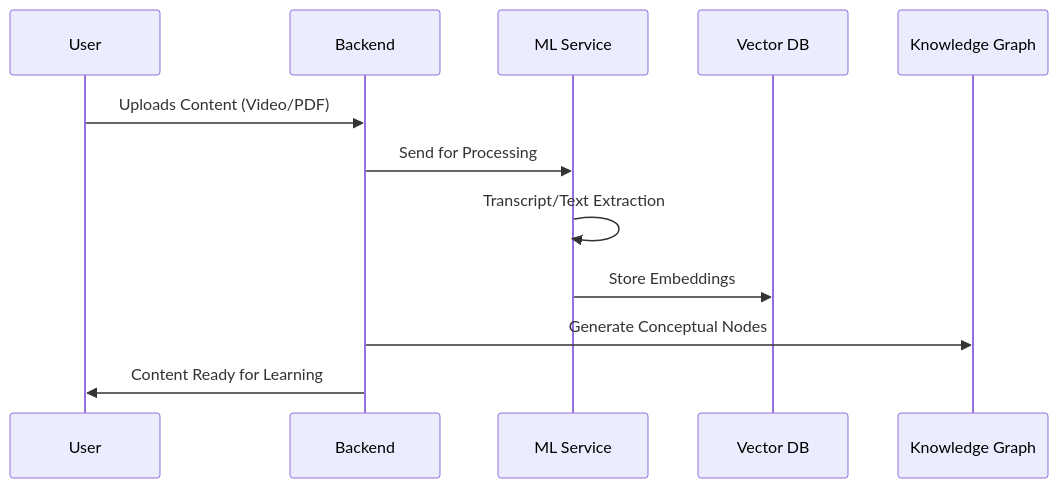
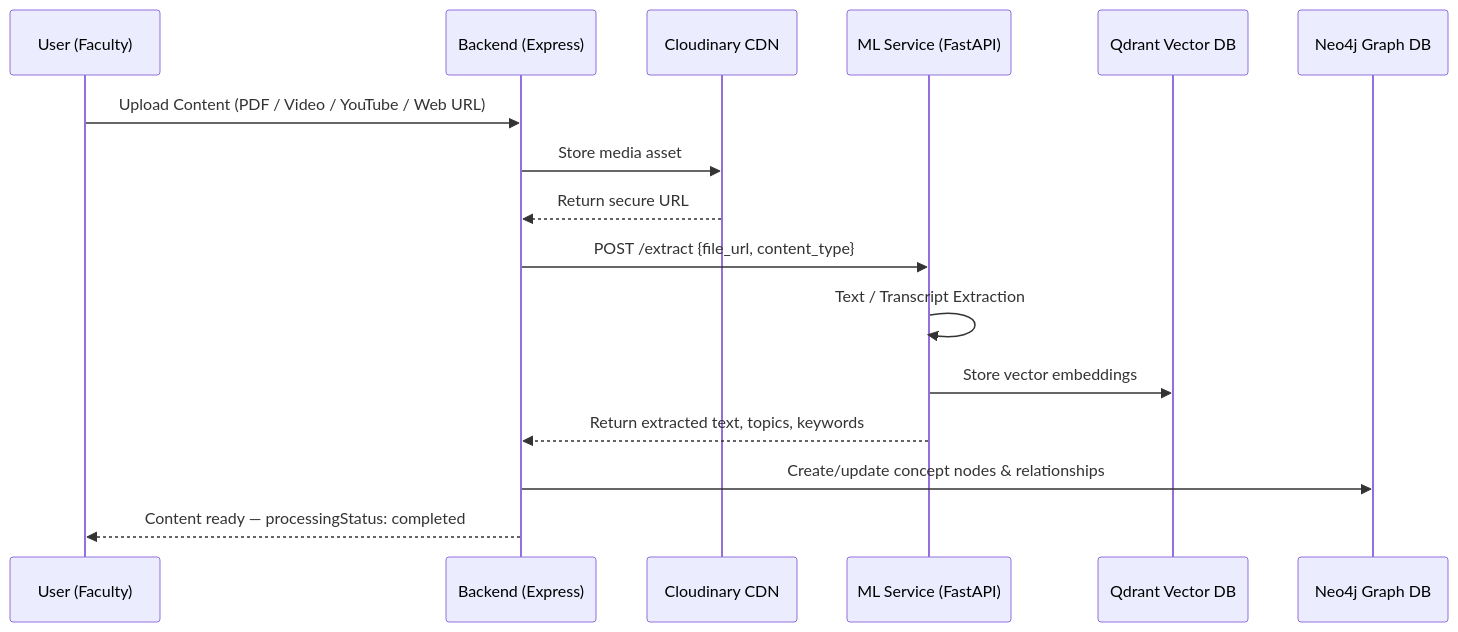
Before and after one commit to shivam222343/ETA-OTT-_V2: the second of 5 diagrams in README.md, drawn with Mermaid. The commit also changed other lines of this file, not shown here.

````diff
--- a/README.md
+++ b/README.md
@@ -63,15 +76,19 @@
 ```mermaid
 sequenceDiagram
-    participant U as User
-    participant B as Backend
-    participant ML as ML Service
-    participant V as Vector DB
-    participant G as Knowledge Graph
-    
-    U->>B: Uploads Content (Video/PDF)
-    B->>ML: Send for Processing
-    ML->>ML: Transcript/Text Extraction
-    ML->>V: Store Embeddings
-    B->>G: Generate Conceptual Nodes
-    B->>U: Content Ready for Learning
+    participant U as User (Faculty)
+    participant B as Backend (Express)
+    participant C as Cloudinary CDN
+    participant ML as ML Service (FastAPI)
+    participant V as Qdrant Vector DB
+    participant G as Neo4j Graph DB
+
+    U->>B: Upload Content (PDF / Video / YouTube / Web URL)
+    B->>C: Store media asset
+    C-->>B: Return secure URL
+    B->>ML: POST /extract {file_url, content_type}
+    ML->>ML: Text / Transcript Extraction
+    ML->>V: Store vector embeddings
+    ML-->>B: Return extracted text, topics, keywords
+    B->>G: Create/update concept nodes & relationships
+    B-->>U: Content ready — processingStatus: completed
 ```
````
